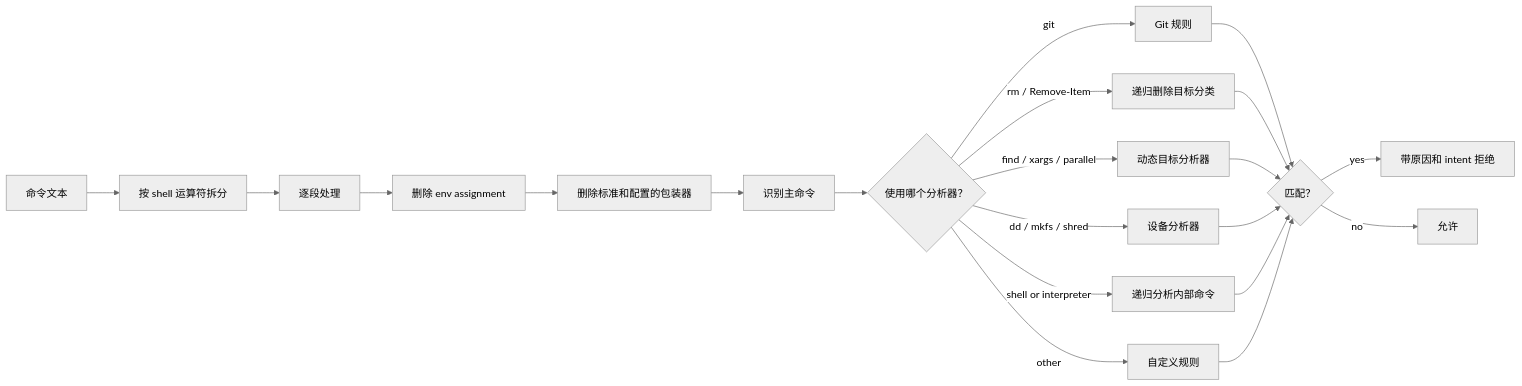
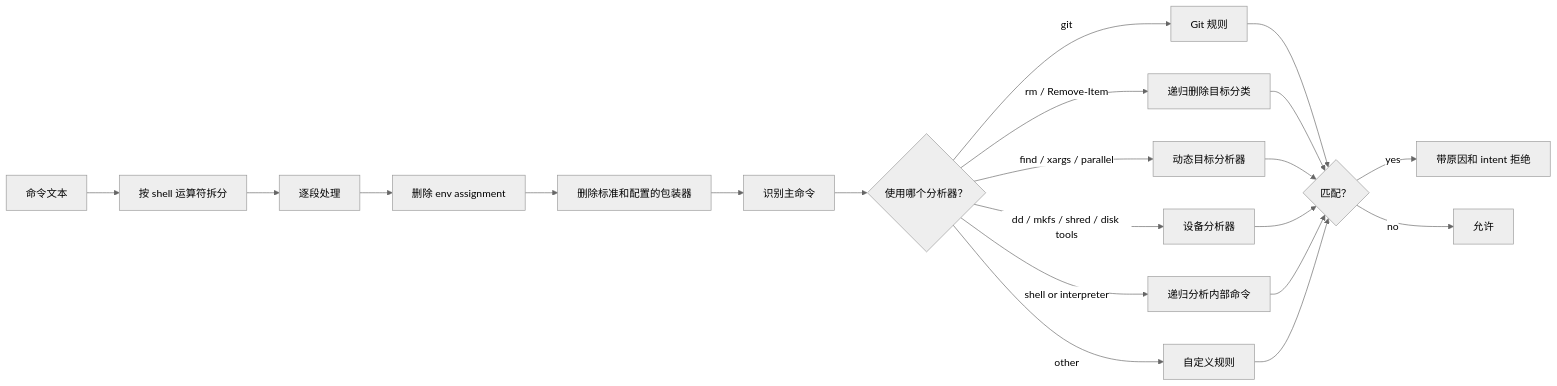
The second of 2 diagrams in zh-Hans/guides/architecture.mdx (kenryu42/cc-safety-net-docs), drawn with Mermaid (neutral theme) before and after one commit. The commit also changed 21 other files, not shown here.

````diff
--- a/zh-Hans/guides/architecture.mdx
+++ b/zh-Hans/guides/architecture.mdx
@@ -106,23 +106,23 @@
 ```mermaid
 graph LR
     Input["命令文本"] --> Split["按 shell 运算符拆分"]
     Split --> Seg["逐段处理"]
     Seg --> StripEnv["删除 env assignment"]
     StripEnv --> StripWrap["删除标准和配置的包装器"]
     StripWrap --> Identify["识别主命令"]
     Identify --> Dispatch{"使用哪个分析器？"}
     Dispatch -->|git| GitAnalyze["Git 规则"]
     Dispatch -->|rm / Remove-Item| RmAnalyze["递归删除目标分类"]
     Dispatch -->|find / xargs / parallel| OtherAnalyze["动态目标分析器"]
-    Dispatch -->|dd / mkfs / shred| DeviceAnalyze["设备分析器"]
+    Dispatch -->|dd / mkfs / shred / disk tools| DeviceAnalyze["设备分析器"]
     Dispatch -->|shell or interpreter| Recurse["递归分析内部命令"]
     Dispatch -->|other| Custom["自定义规则"]
     GitAnalyze --> Blocked{"匹配？"}
     RmAnalyze --> Blocked
     OtherAnalyze --> Blocked
     DeviceAnalyze --> Blocked
     Recurse --> Blocked
     Custom --> Blocked
     Blocked -->|yes| Deny["带原因和 intent 拒绝"]
     Blocked -->|no| Allow["允许"]
 ```
````
